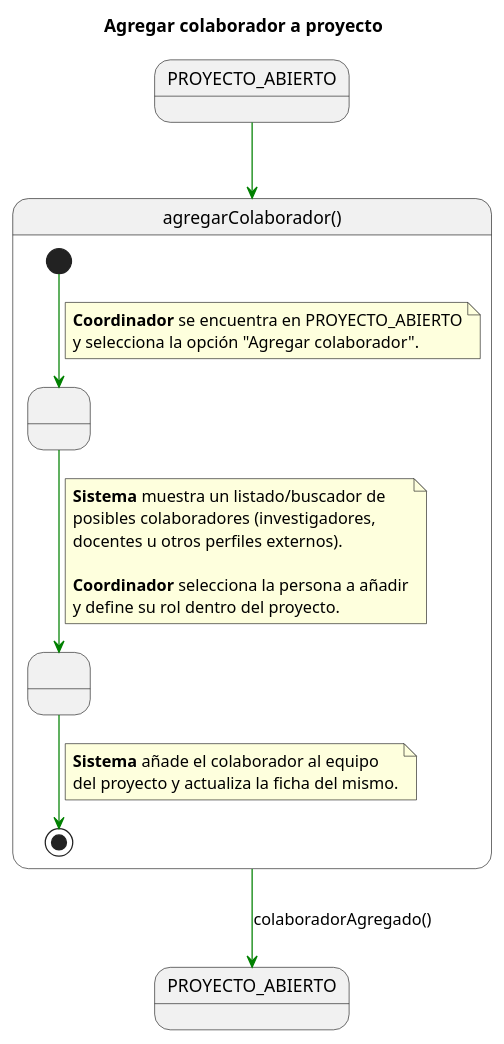
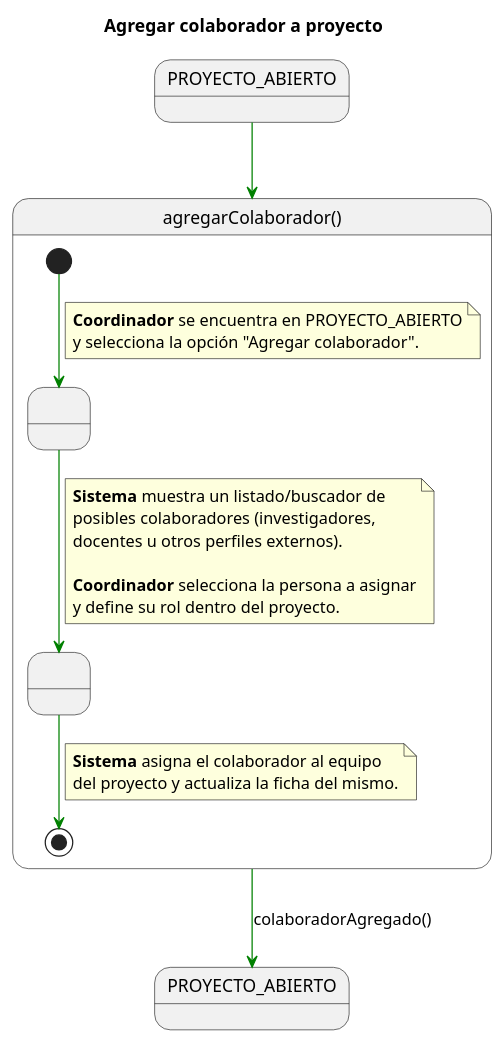
One commit to 31Diego/25-26-IdSw1-SdR changed the diagram in documents/CasosDeUso/DetalladoCasosDeUso/Coordinador/agregarColaborador().puml. Above: the diagram before and after it, drawn with PlantUML. The commit also changed 9 other files, not shown here.

Commit message:
refactor: actualizar terminología a convención CRUD en todos los diagramas

```diff
--- a/documents/CasosDeUso/DetalladoCasosDeUso/Coordinador/agregarColaborador().puml
+++ b/documents/CasosDeUso/DetalladoCasosDeUso/Coordinador/agregarColaborador().puml
@@ -1,40 +1,40 @@
 @startuml AgregarColaborador
 title Agregar colaborador a proyecto
 skinparam linetype polyline
 
 state PROYECTO_ABIERTO_INICIAL as "PROYECTO_ABIERTO"
 state PROYECTO_ABIERTO_FINAL   as "PROYECTO_ABIERTO"
 
 PROYECTO_ABIERTO_INICIAL -[#green]-> agregarColaborador
 
 state agregarColaborador as "agregarColaborador()" {
 
     state " " as SeleccionarPersona
     state " " as ConfirmarAlta
 
     [*] -[#green]-> SeleccionarPersona
     note on link
     <b>Coordinador</b> se encuentra en PROYECTO_ABIERTO
     y selecciona la opción "Agregar colaborador".
     end note
 
     SeleccionarPersona -[#green]-> ConfirmarAlta
     note on link
     <b>Sistema</b> muestra un listado/buscador de
     posibles colaboradores (investigadores,
     docentes u otros perfiles externos).
 
-    <b>Coordinador</b> selecciona la persona a añadir
+    <b>Coordinador</b> selecciona la persona a asignar
     y define su rol dentro del proyecto.
     end note
 
     ConfirmarAlta -[#green]-> [*]
     note on link
-    <b>Sistema</b> añade el colaborador al equipo
+    <b>Sistema</b> asigna el colaborador al equipo
     del proyecto y actualiza la ficha del mismo.
     end note
 }
 
 agregarColaborador -[#green]-> PROYECTO_ABIERTO_FINAL : colaboradorAgregado()
 
 @enduml
```
